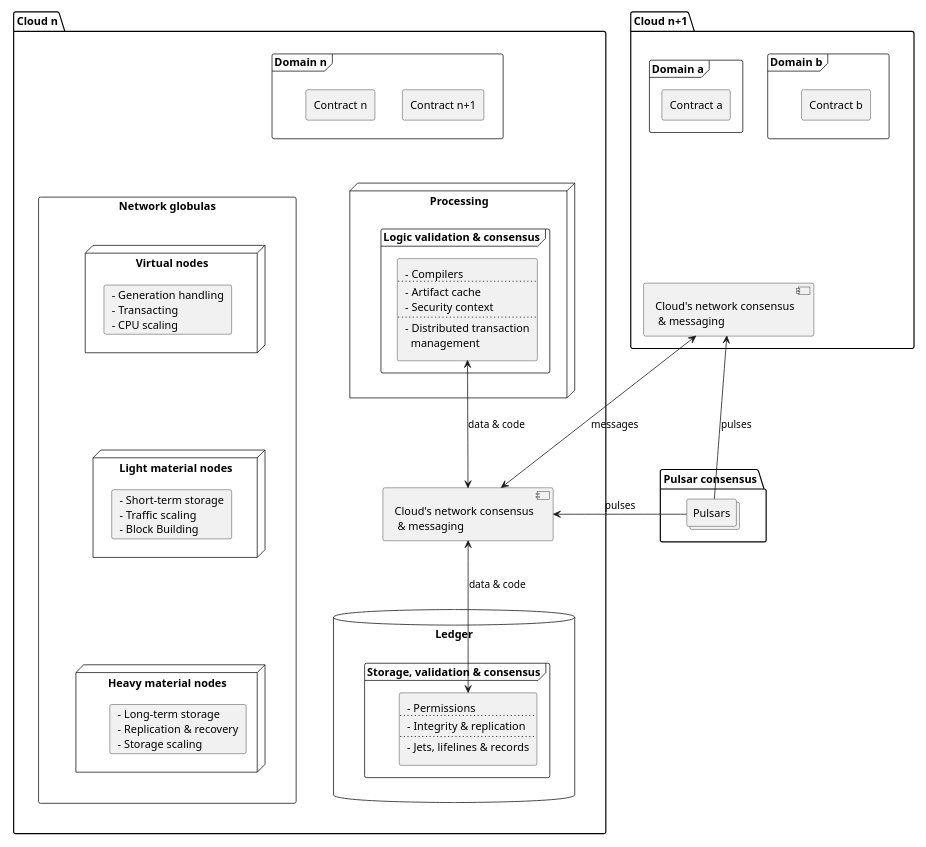
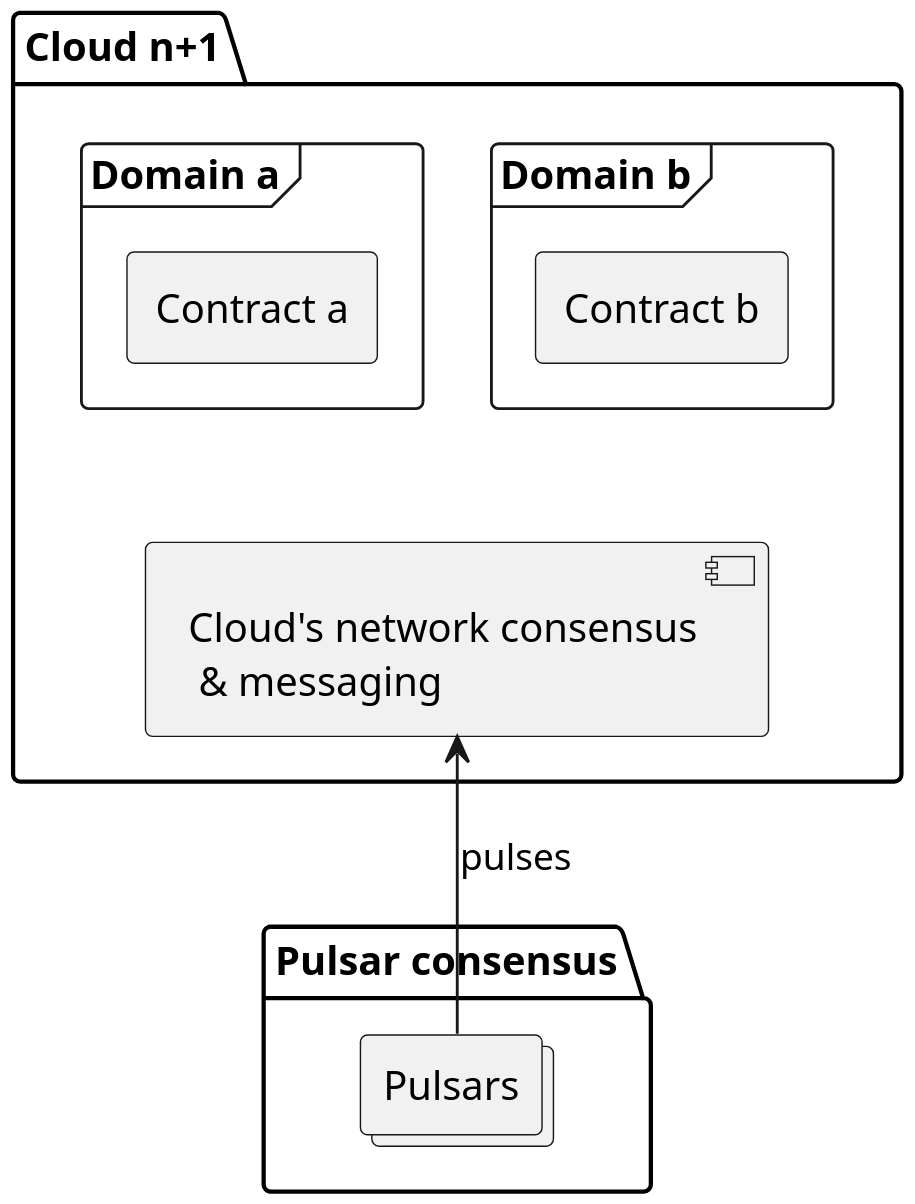
One commit to sofiayem/rtd-doc-tests changed the diagram in docs/source/architecture.rst. Above: the diagram before and after it, drawn with PlantUML.

Commit message:
problem localization

```diff
--- a/docs/source/architecture.rst
+++ b/docs/source/architecture.rst
@@ -40,87 +40,14 @@
        collections Pulsars [[../architecture.html#pulsars]]
      }
      package "Cloud n+1" as cloudnext [[../architecture.html#fed-of-clouds]] {
-         card [Cloud's network consensus\n & messaging] as nextnet [[../architecture.html#network-consensus]]
-         frame "Domain b" as domb [[../architecture.html#domains]] {
-            rectangle "Contract b" as cntrctb [[../architecture.html#contracts]]
-         }
-         frame "Domain a" as doma [[../architecture.html#domains ]] {
-            rectangle "Contract a" as cntrcta [[../architecture.html#contracts]]
-         }
-         cntrctb -[hidden]d- nextnet
-         cntrcta -[hidden]d- nextnet
-         Pulsars -u-> nextnet : pulses
+       card [Cloud's network consensus\n & messaging] as nextnet [[../architecture.html#network-consensus]]
+       frame "Domain b" as domb [[../architecture.html#domains]] {
+         rectangle "Contract b" as cntrctb [[../architecture.html#contracts]]
+       }
+       frame "Domain a" as doma [[../architecture.html#domains ]] {
+         rectangle "Contract a" as cntrcta [[../architecture.html#contracts]]
+       }
+       cntrctb -[hidden]d- nextnet
+       cntrcta -[hidden]d- nextnet
+       Pulsars -u-> nextnet : pulses
      }
-   }
-   package "Cloud n" as cloudn [[../architecture.html#fed-of-clouds]] {
-       frame "Domain n" as domn [[../architecture.html#domains]] {
-         rectangle "Contract n+1" as cntrctnext [[../architecture.html#contracts]]
-         rectangle "Contract n" as cntrctne [[../architecture.html#contracts]]
-       }
-       rectangle "Network globulas" as globula [[../architecture.html#globulas]] {
-         node "Virtual nodes" as vn [[../architecture.html#virtual]] {
-             card vcard [
-               - Generation handling
-               - Transacting
-               - CPU scaling
-             ]
-         }
-         node "Light material nodes" as ln [[../architecture.html#light-material]] {
-             card lcard [
-               - Short-term storage
-               - Traffic scaling
-               - Block Building
-             ]
-         }
-         node "Heavy material nodes" as hn [[../architecture.html#heavy-material]] {
-             card hcard [
-               - Long-term storage
-               - Replication & recovery
-               - Storage scaling
-             ]
-         }
-      }
-      together {
-      card [Cloud's network consensus\n & messaging] as net [[../architecture.html#network-consensus]]
-      database "Ledger" as db [[../architecture.html#ledger]] {
-         frame "Storage, validation & consensus" [[../architecture.html#storage-consensus]] {
-         rectangle ldgr [
-           - Permissions
-           ....
-           - Integrity & replication
-           ....
-           - Jets, lifelines & records
-         ]
-         }
-      }
-      node "Processing" as process [[../architecture.html#execution-validation]] {
-         frame "Logic validation & consensus" [[../architecture.html#logic-consensus]] {
-         rectangle proc [
-           - Compilers
-           ....
-           - Artifact cache 
-           - Security context
-           ....
-           - Distributed transaction
-             management
-         ]
-         }
-      }
-      }
-      domn -[hidden]- globula
-      vcard -[hidden]d- lcard
-      lcard -[hidden]d- hcard
-      net -[hidden]d- process
-      proc <-d-> net : data & code
-      net <-d-> ldgr : data & code
-      net -[hidden]r- ln
-      db -[hidden]r- hn
-      process -[hidden]d- net
-      proc -[hidden]r- vn
-      Pulsars -r-> net: pulses
-      net <-> nextnet : messages
-      domb -[hidden]- net
-      domb -[hidden]r- domn
-      domb -[hidden]r- proc
-      domb -[hidden]r- net
-   }
```
